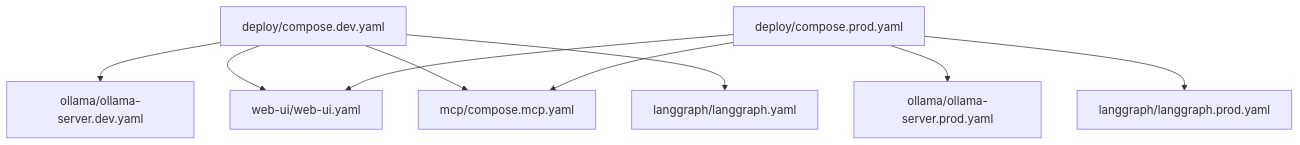
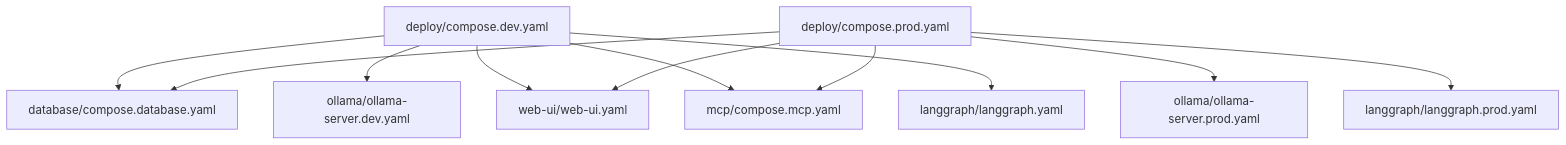
The first of 4 diagrams in deploy/architecture.md (RadmirG/AES), drawn with Mermaid before and after one commit. The commit also changed other lines of this file and 32 other files, not shown here.

````diff
--- a/deploy/architecture.md
+++ b/deploy/architecture.md
@@ -6,12 +6,14 @@
 ```mermaid
 flowchart TD
-    A["deploy/compose.dev.yaml"] --> B["ollama/ollama-server.dev.yaml"]
+    A["deploy/compose.dev.yaml"] --> DB["database/compose.database.yaml"]
+    A --> B["ollama/ollama-server.dev.yaml"]
     A --> C["web-ui/web-ui.yaml"]
     A --> D["mcp/compose.mcp.yaml"]
     A --> E["langgraph/langgraph.yaml"]
 
-    F["deploy/compose.prod.yaml"] --> G["ollama/ollama-server.prod.yaml"]
+    F["deploy/compose.prod.yaml"] --> DB
+    F --> G["ollama/ollama-server.prod.yaml"]
     F --> C
     F --> D
     F --> H["langgraph/langgraph.prod.yaml"]
 ```
````
